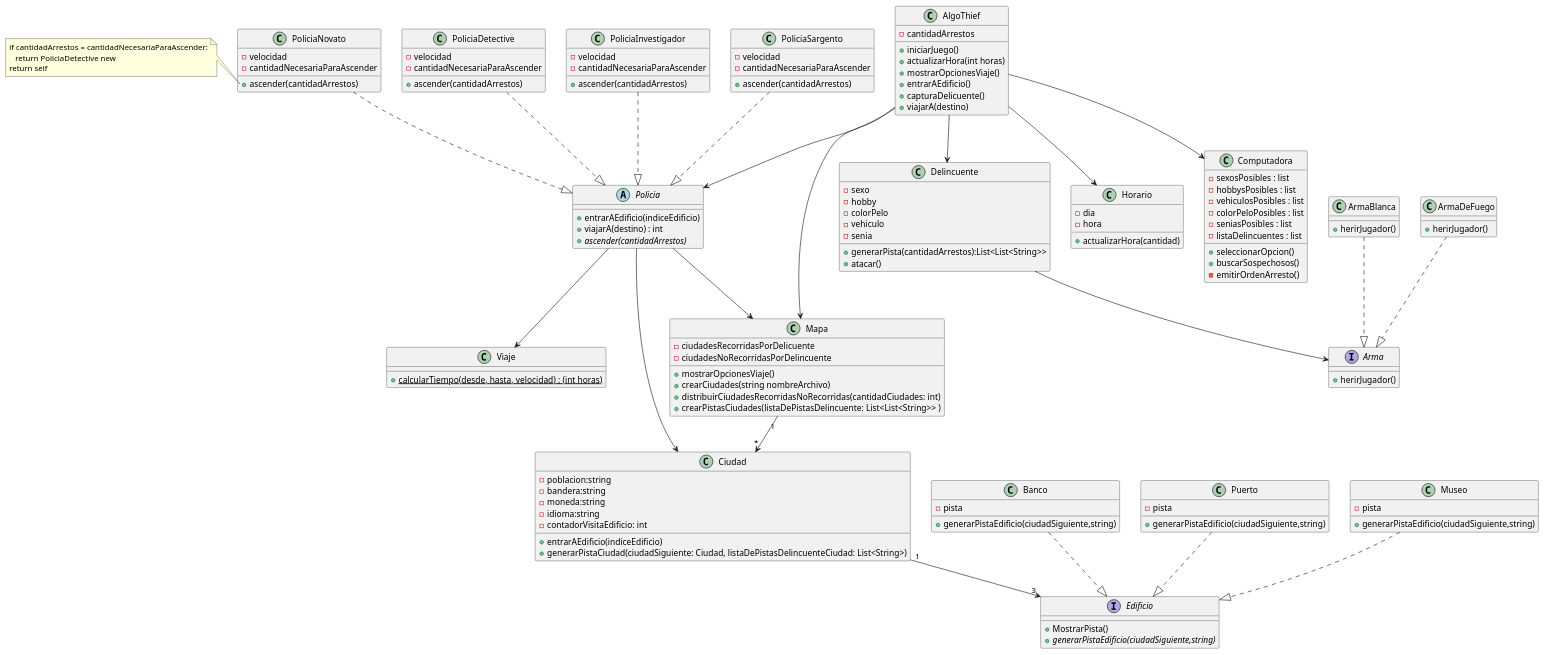
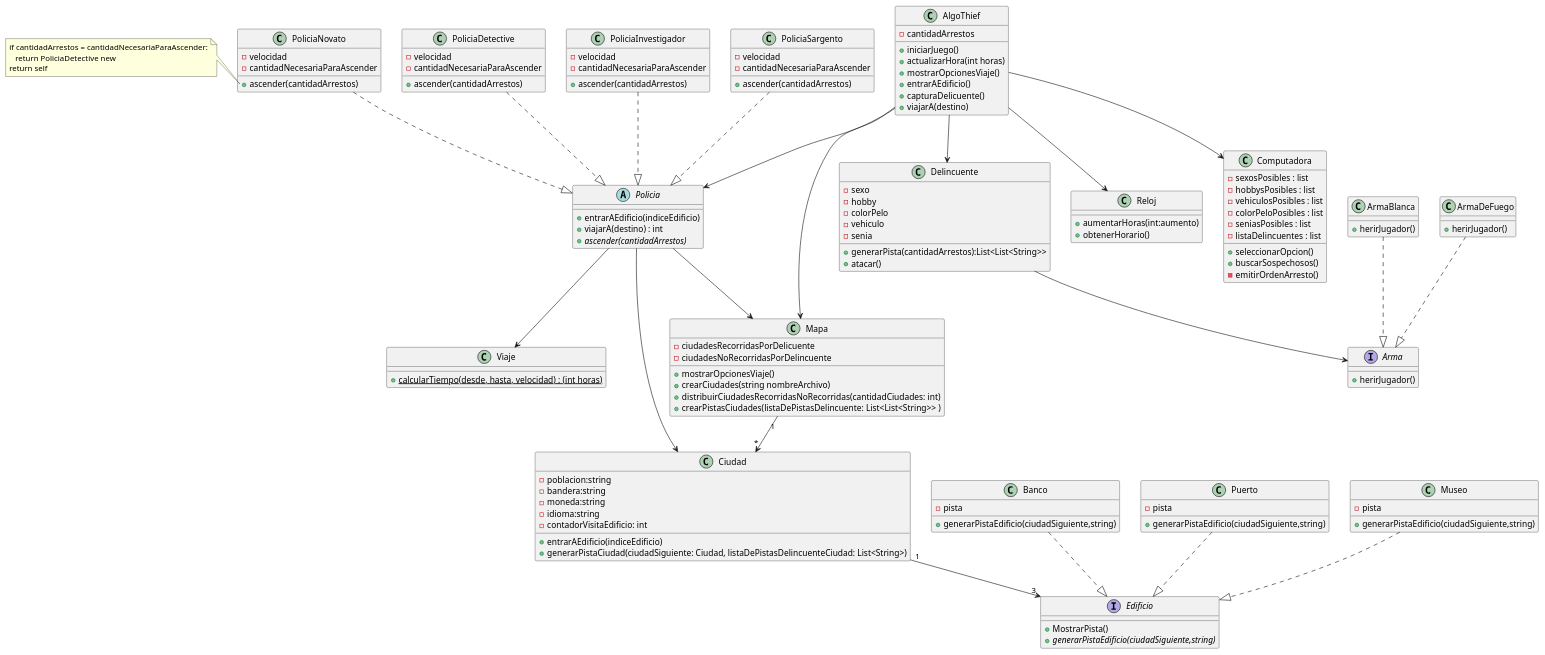
Before and after one commit to Fanusaez/TP2_algo3_algothief: the diagram in DiagramaDeClasesV2.puml, drawn with PlantUML. The commit also changed 8 other files, not shown here.

```diff
--- a/DiagramaDeClasesV2.puml
+++ b/DiagramaDeClasesV2.puml
@@ -92,11 +92,10 @@
 + generarPistaCiudad(ciudadSiguiente: Ciudad, listaDePistasDelincuenteCiudad: List<String>)
 }
 
-class Horario{
--dia
--hora
+class Reloj{
 
-+actualizarHora(cantidad)
++aumentarHoras(int:aumento)
++obtenerHorario()
 }
 
 interface Edificio{
@@ -148,7 +147,7 @@
 /' ********** DEPENDENCIAS ********** '/
 
 AlgoThief --> Policia
-AlgoThief --> Horario
+AlgoThief --> Reloj
 AlgoThief --> Delincuente
 AlgoThief --> Mapa
 AlgoThief --> Computadora
```
